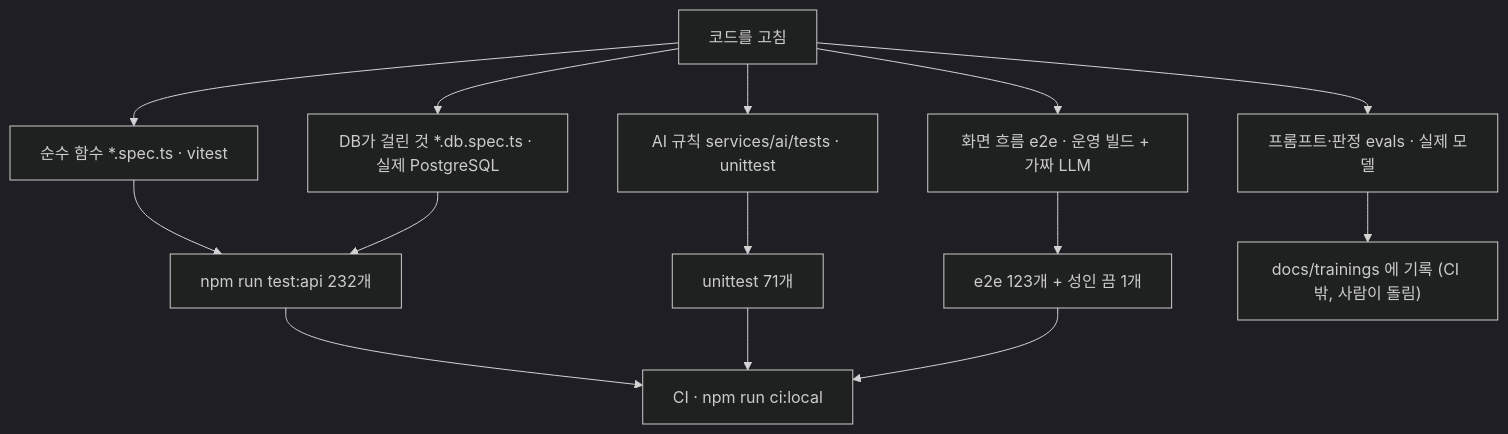
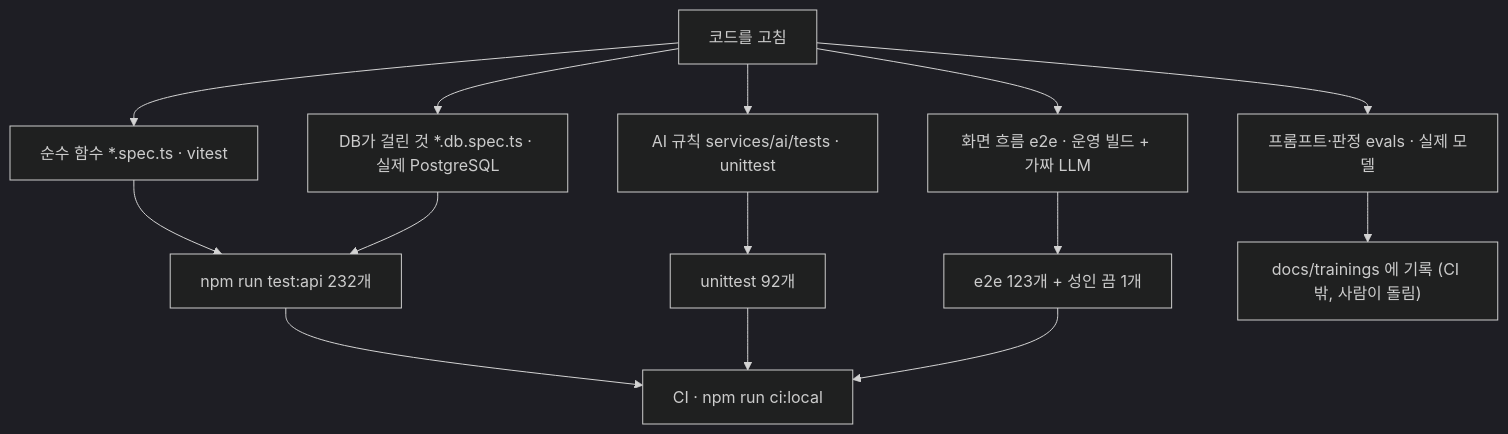
Before and after one commit to samam0234/CodiComperChat: the first of 2 diagrams in PortFolio/server/ai_services/knowledge/docs__plan__TESTING.md, drawn with Mermaid (dark theme). The commit also changed other lines of this file and 48 other files, not shown here.

````diff
--- a/PortFolio/server/ai_services/knowledge/docs__plan__TESTING.md
+++ b/PortFolio/server/ai_services/knowledge/docs__plan__TESTING.md
@@ -23,13 +23,13 @@
 ```mermaid
 flowchart TB
   CH["코드를 고침"] --> U["순수 함수 *.spec.ts · vitest"]
   CH --> DB["DB가 걸린 것 *.db.spec.ts · 실제 PostgreSQL"]
   CH --> AU["AI 규칙 services/ai/tests · unittest"]
   CH --> E["화면 흐름 e2e · 운영 빌드 + 가짜 LLM"]
   CH --> EV["프롬프트·판정 evals · 실제 모델"]
   U & DB --> TA["npm run test:api 232개"]
-  AU --> TU["unittest 71개"]
+  AU --> TU["unittest 92개"]
   E --> TE["e2e 123개 + 성인 끔 1개"]
   TA & TU & TE --> CI["CI · npm run ci:local"]
   EV --> TR["docs/trainings 에 기록 (CI 밖, 사람이 돌림)"]
 ```
````
